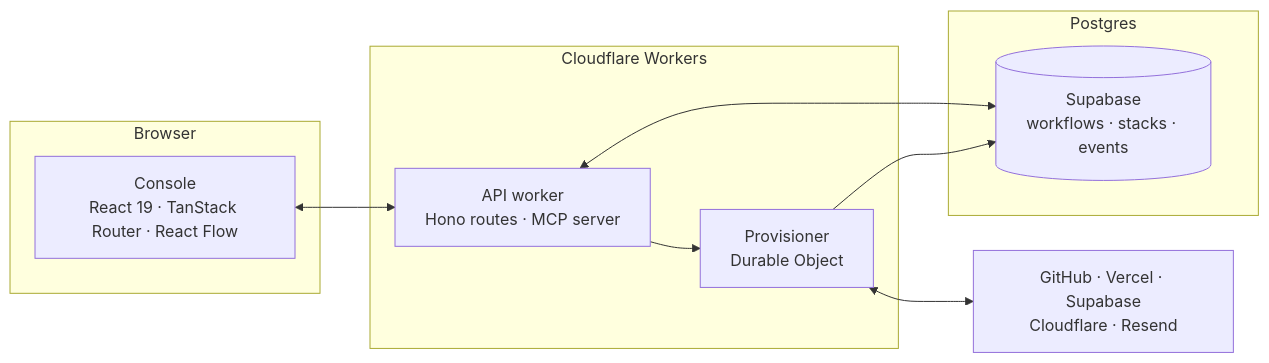
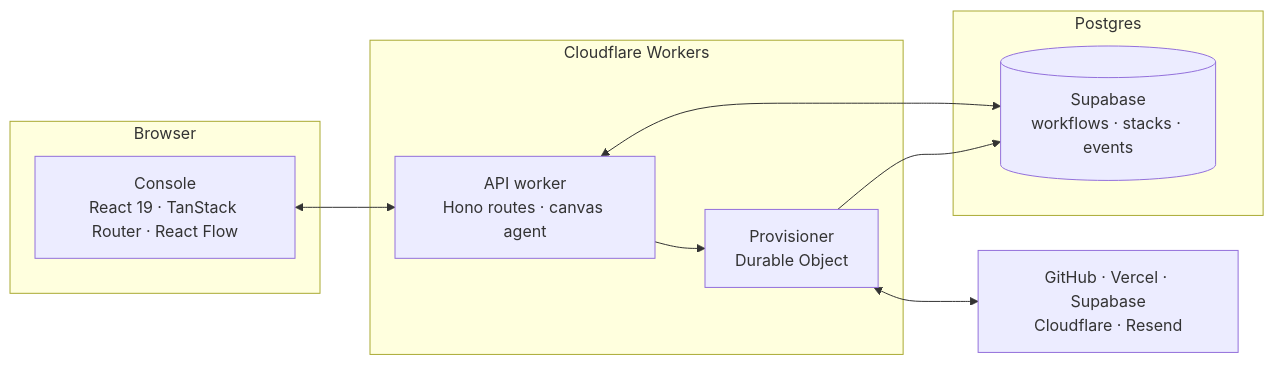
The second of 2 diagrams in README.md (leenarhq/leenar), drawn with Mermaid before and after one commit. The commit also changed other lines of this file and 3 other files, not shown here.

First line of the commit message:
fix(open-core): stop the core build promising a cloud-only MCP server

````diff
--- a/README.md
+++ b/README.md
@@ -109,20 +110,20 @@
 ```mermaid
 flowchart LR
   subgraph browser["Browser"]
     W["Console<br/>React 19 · TanStack Router · React Flow"]
   end
   subgraph edge["Cloudflare Workers"]
-    A["API worker<br/>Hono routes · MCP server"]
+    A["API worker<br/>Hono routes · canvas agent"]
     D["Provisioner<br/>Durable Object"]
   end
   subgraph data["Postgres"]
     S[("Supabase<br/>workflows · stacks · events")]
   end
   P["GitHub · Vercel · Supabase<br/>Cloudflare · Resend"]
 
   W <--> A
   A <--> S
   A --> D
   D <--> P
   D --> S
 ```
````
